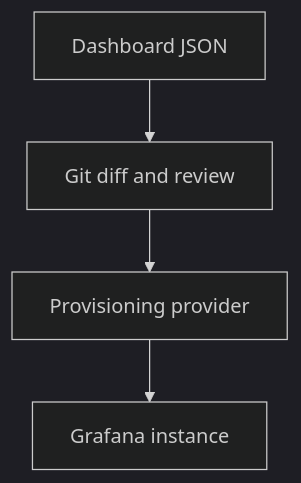
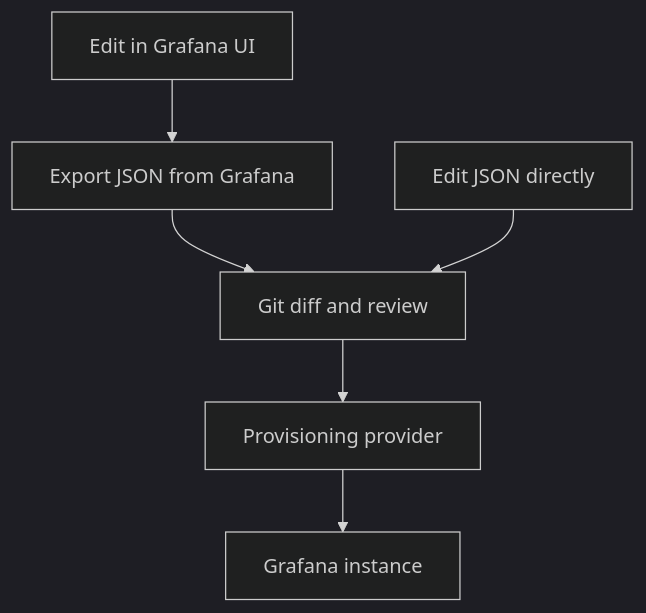
The third of 6 diagrams in slides.md (hanx-hep/28th-junocm-dci), drawn with Mermaid (dark theme) before and after one commit. The commit also changed other lines of this file, not shown here.

````diff
--- a/slides.md
+++ b/slides.md
@@ -175,6 +183,8 @@
-```mermaid {scale: 0.46}
+```mermaid {scale: 0.66}
 flowchart TD
-    A[Dashboard JSON] --> B[Git diff and review]
-    B --> C[Provisioning provider]
+    A[Edit in Grafana UI] --> E
+    E[Export JSON from Grafana] --> B 
+    F[Edit JSON directly] --> B
+    B[Git diff and review] --> C[Provisioning provider]
     C --> D[Grafana instance]
 ```
````
